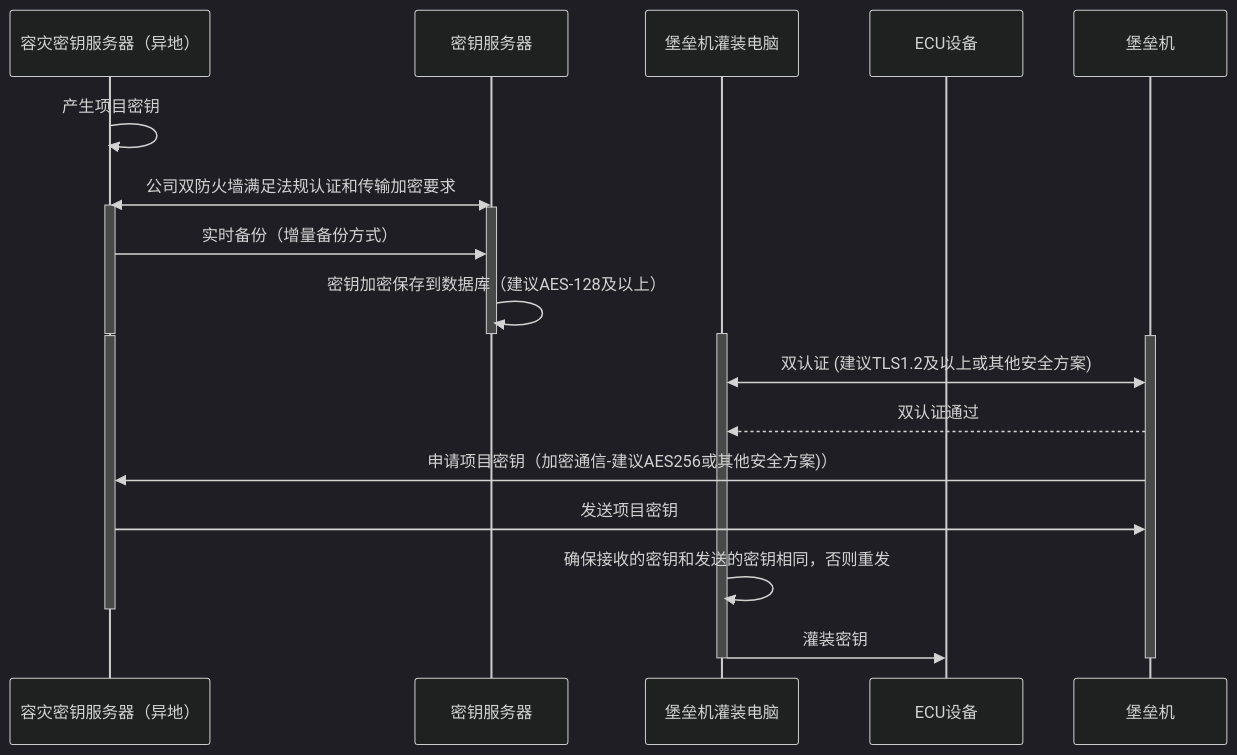
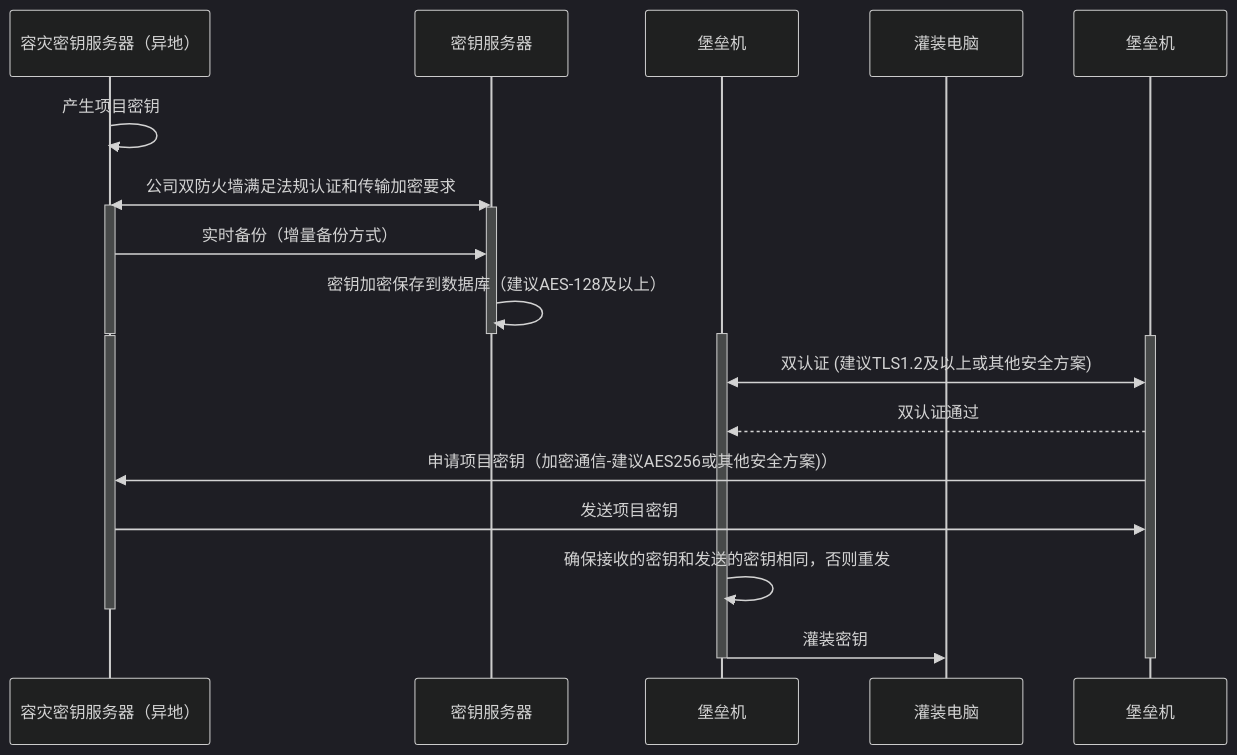
The diagram in all/未命名-15.md (facebook-cloud/iodraw-files), drawn with Mermaid (dark theme) before and after one commit.

Commit message:
2026-02-07 09:59:15 update

````diff
--- a/all/未命名-15.md
+++ b/all/未命名-15.md
@@ -1,34 +1,34 @@
 ```mermaid
 sequenceDiagram
     participant A as 容灾密钥服务器（异地）
     participant B as 密钥服务器
-    participant C as 堡垒机灌装电脑
-    participant D as ECU设备
+    participant C as 堡垒机
+    participant D as 灌装电脑
     participant E as 堡垒机
 
     A->>A: 产生项目密钥
     A<<->>B: 公司双防火墙满足法规认证和传输加密要求
     activate A
     activate B
     A->>B: 实时备份（增量备份方式）
     B->>B: 密钥加密保存到数据库（建议AES-128及以上）
     deactivate B
     deactivate A
 
     activate C
     activate A
     activate E
 
     C<<->>E: 双认证 (建议TLS1.2及以上或其他安全方案)
     E-->>C: 双认证通过
 
     E->>A: 申请项目密钥（加密通信-建议AES256或其他安全方案)）
     A->>E: 发送项目密钥
 
     C->>C: 确保接收的密钥和发送的密钥相同，否则重发
     deactivate A
     C->>D: 灌装密钥
     deactivate C
     deactivate E
 
 ```
````
